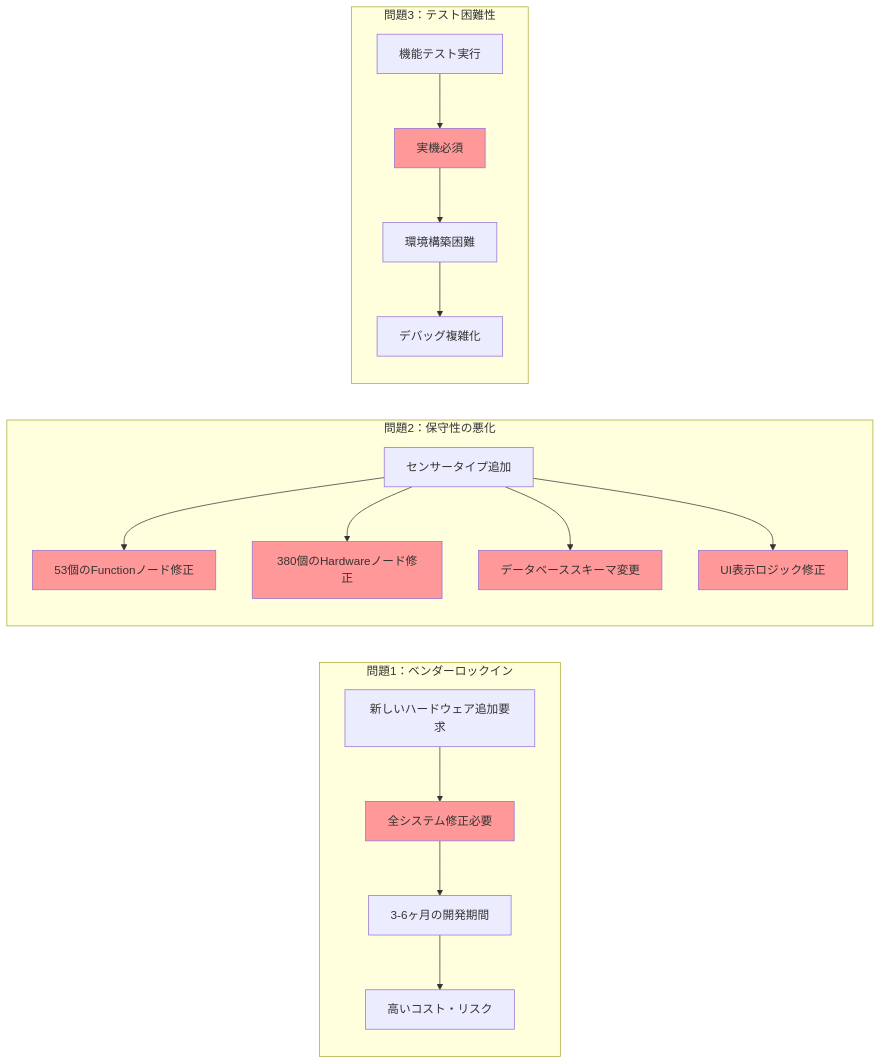
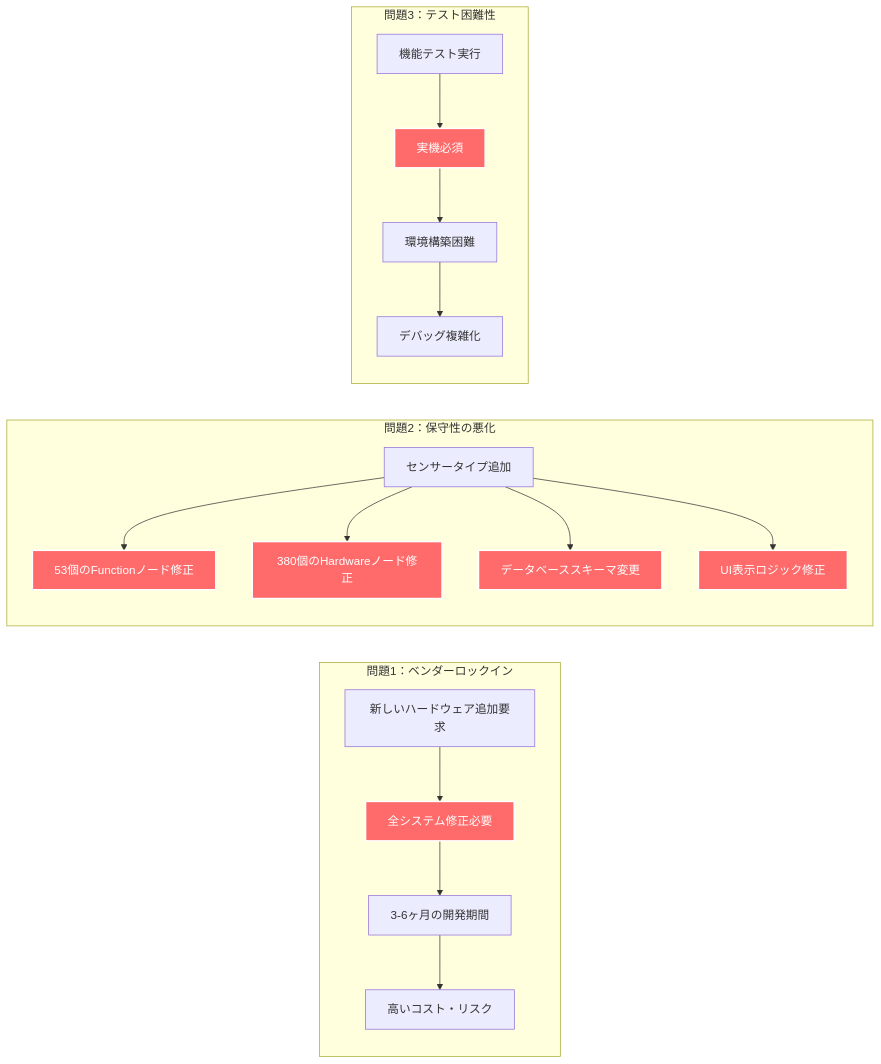
One commit to w-pinkietech/iot4-copy changed the second of 14 diagrams in docs/new-system/architecture/system-overview-diagrams.md. Above: the diagram before and after it, drawn with Mermaid. The commit also changed other lines of this file, not shown here.

First line of the commit message:
docs: Fix Mermaid syntax and improve dark mode colors in system diagrams

````diff
--- a/docs/new-system/architecture/system-overview-diagrams.md
+++ b/docs/new-system/architecture/system-overview-diagrams.md
@@ -80,31 +80,31 @@
 ```mermaid
 graph LR
     subgraph "問題1：ベンダーロックイン"
         A[新しいハードウェア追加要求]
         A --> B[全システム修正必要]
         B --> C[3-6ヶ月の開発期間]
         C --> D[高いコスト・リスク]
     end
     
     subgraph "問題2：保守性の悪化"
         E[センサータイプ追加]
         E --> F[53個のFunctionノード修正]
         E --> G[380個のHardwareノード修正]
         E --> H[データベーススキーマ変更]
         E --> I[UI表示ロジック修正]
     end
     
     subgraph "問題3：テスト困難性"
         J[機能テスト実行]
         J --> K[実機必須]
         K --> L[環境構築困難]
         L --> M[デバッグ複雑化]
     end
     
-    style B fill:#ff9999
-    style F fill:#ff9999
-    style G fill:#ff9999
-    style H fill:#ff9999
-    style I fill:#ff9999
-    style K fill:#ff9999
+    style B fill:#ff6b6b,stroke:#fff,stroke-width:2px,color:#fff
+    style F fill:#ff6b6b,stroke:#fff,stroke-width:2px,color:#fff
+    style G fill:#ff6b6b,stroke:#fff,stroke-width:2px,color:#fff
+    style H fill:#ff6b6b,stroke:#fff,stroke-width:2px,color:#fff
+    style I fill:#ff6b6b,stroke:#fff,stroke-width:2px,color:#fff
+    style K fill:#ff6b6b,stroke:#fff,stroke-width:2px,color:#fff
 ```
````
